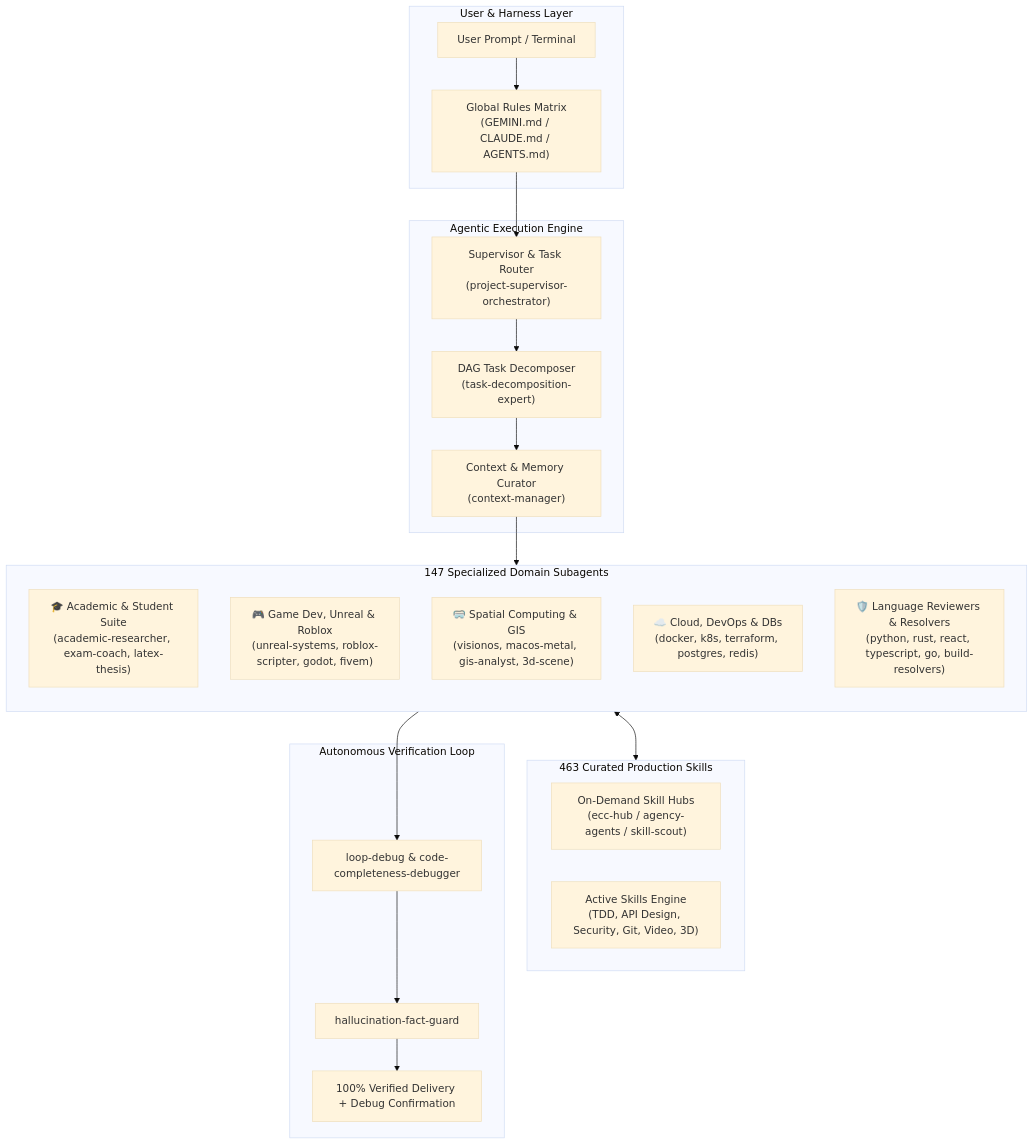
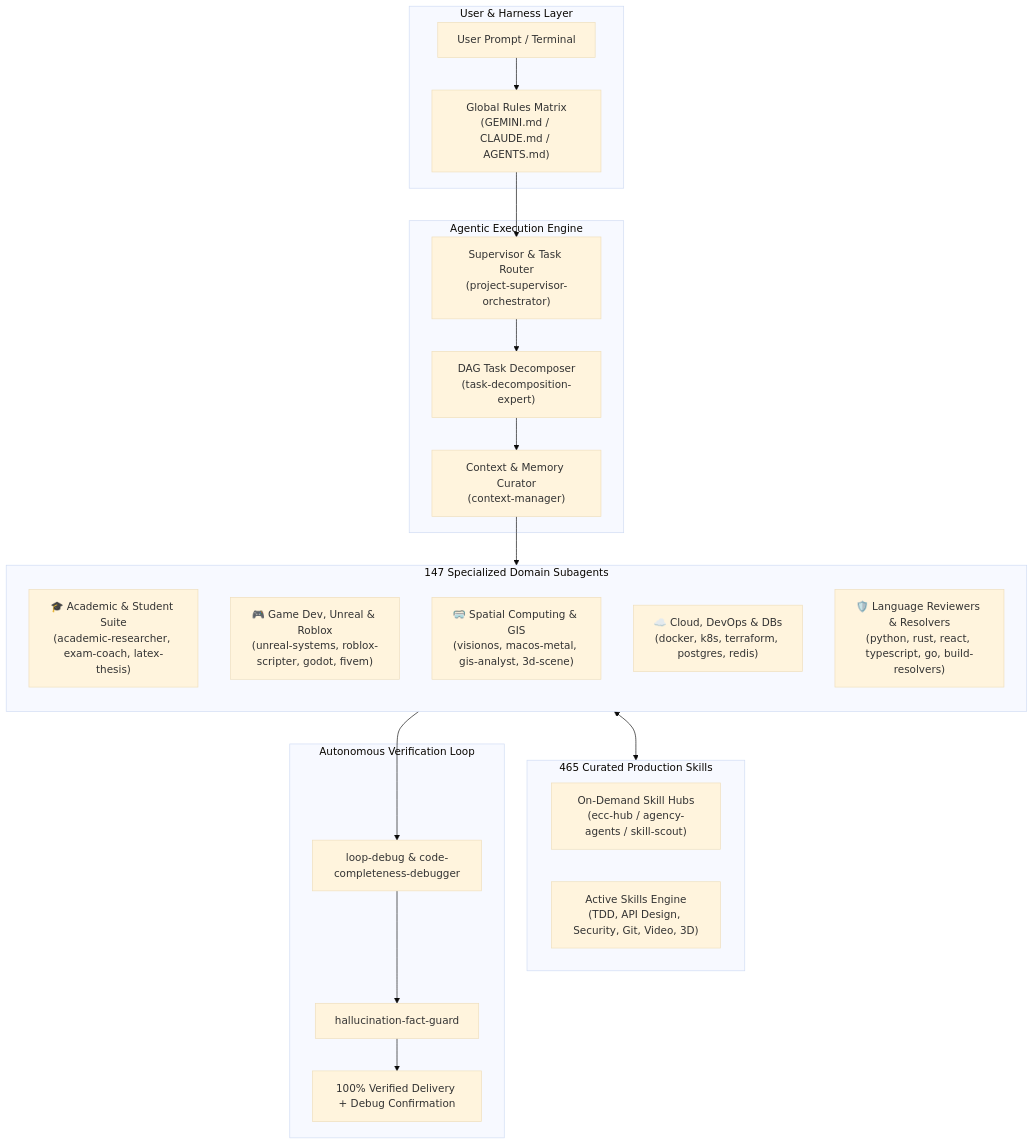
One commit to Osama-Alzahrani-UQU/OmniAgentic changed the diagram in README.md. Above: the diagram before and after it, drawn with Mermaid (base theme). The commit also changed other lines of this file and 14 other files, not shown here.

````diff
--- a/README.md
+++ b/README.md
@@ -130,50 +130,50 @@
 ```mermaid
 flowchart TD
     subgraph UserInterface["User & Harness Layer"]
         CLI["User Prompt / Terminal"]
         Rules["Global Rules Matrix
 (GEMINI.md / CLAUDE.md / AGENTS.md)"]
     end
 
     subgraph CoreEngine["Agentic Execution Engine"]
         Supervisor["Supervisor & Task Router
 (project-supervisor-orchestrator)"]
         Decomposer["DAG Task Decomposer
 (task-decomposition-expert)"]
         ContextMgr["Context & Memory Curator
 (context-manager)"]
     end
 
     subgraph AgentFleet["147 Specialized Domain Subagents"]
         direction TB
         Academic["🎓 Academic & Student Suite
 (academic-researcher, exam-coach, latex-thesis)"]
         GameDev["🎮 Game Dev, Unreal & Roblox
 (unreal-systems, roblox-scripter, godot, fivem)"]
         Spatial["🥽 Spatial Computing & GIS
 (visionos, macos-metal, gis-analyst, 3d-scene)"]
         CloudDB["☁️ Cloud, DevOps & DBs
 (docker, k8s, terraform, postgres, redis)"]
         CodeReview["🛡️ Language Reviewers & Resolvers
 (python, rust, react, typescript, go, build-resolvers)"]
     end
 
-    subgraph SkillsMatrix["463 Curated Production Skills"]
+    subgraph SkillsMatrix["465 Curated Production Skills"]
         SkillsHub["On-Demand Skill Hubs
 (ecc-hub / agency-agents / skill-scout)"]
         ActiveSkills["Active Skills Engine
 (TDD, API Design, Security, Git, Video, 3D)"]
     end
 
     subgraph QualityGate["Autonomous Verification Loop"]
         Verifier["loop-debug & code-completeness-debugger"]
         FactGuard["hallucination-fact-guard"]
         Delivery["100% Verified Delivery + Debug Confirmation"]
     end
 
     CLI --> Rules --> Supervisor
     Supervisor --> Decomposer --> ContextMgr
     ContextMgr --> AgentFleet
     AgentFleet <--> SkillsMatrix
     AgentFleet --> Verifier --> FactGuard --> Delivery
 ```
````
